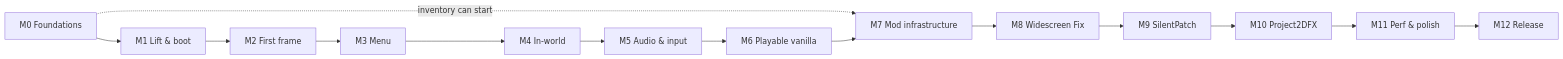
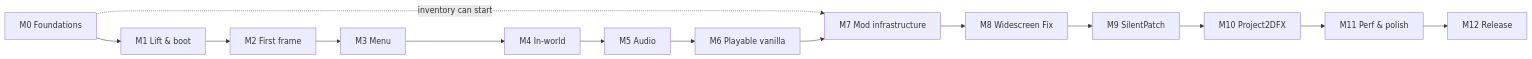
The diagram in ROADMAP.md (chocoguy/MacAndreas), drawn with Mermaid before and after one commit. The commit also changed other lines of this file and 31 other files, not shown here.

````diff
--- a/ROADMAP.md
+++ b/ROADMAP.md
@@ -334,16 +334,16 @@
 ```mermaid
 graph LR
   M0[M0 Foundations] --> M1[M1 Lift & boot]
   M1 --> M2[M2 First frame]
   M2 --> M3[M3 Menu]
   M3 --> M4[M4 In-world]
-  M4 --> M5[M5 Audio & input]
+  M4 --> M5[M5 Audio]
   M5 --> M6[M6 Playable vanilla]
   M0 -.inventory can start.-> M7
   M6 --> M7[M7 Mod infrastructure]
   M7 --> M8[M8 Widescreen Fix]
   M8 --> M9[M9 SilentPatch]
   M9 --> M10[M10 Project2DFX]
   M10 --> M11[M11 Perf & polish]
   M11 --> M12[M12 Release]
 ```
````
